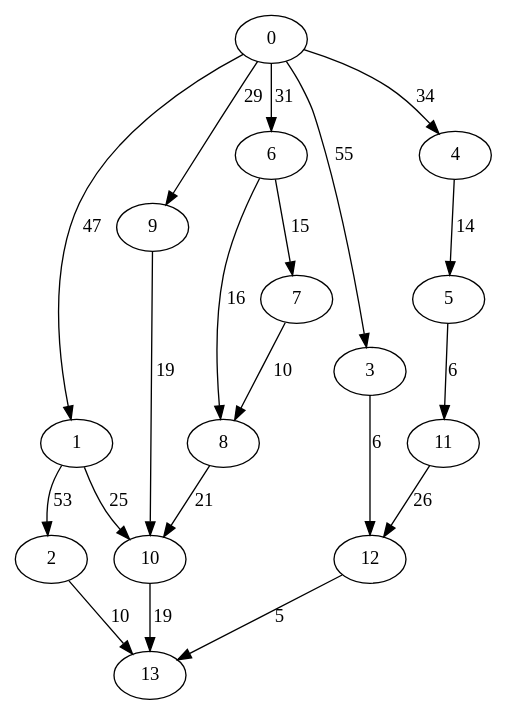
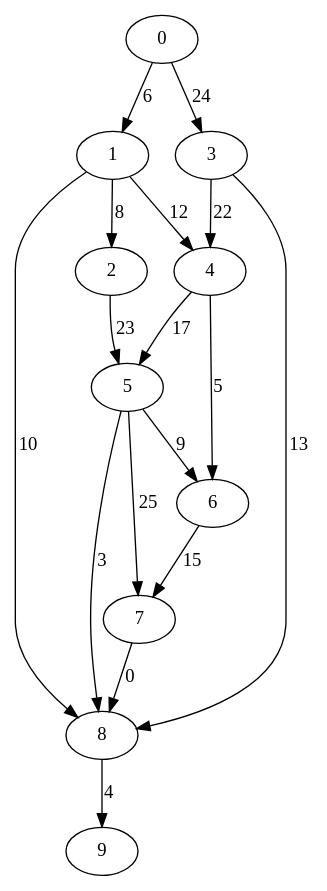
One commit to asaloniti/DagScheduling_old changed the diagram in dotfiles/data5.dot. Above: the diagram before and after it, drawn with Graphviz. The commit also changed 43 other files, not shown here.

```diff
--- a/dotfiles/data5.dot
+++ b/dotfiles/data5.dot
@@ -1,21 +1,18 @@
 digraph data5 {
-0 -> 1 [ label = 47 ];
-0 -> 3 [ label = 55 ];
-0 -> 4 [ label = 34 ];
-0 -> 6 [ label = 31 ];
-0 -> 9 [ label = 29 ];
-1 -> 2 [ label = 53 ];
-1 -> 10 [ label = 25 ];
-2 -> 13 [ label = 10 ];
-3 -> 12 [ label = 6 ];
-4 -> 5 [ label = 14 ];
-5 -> 11 [ label = 6 ];
+0 -> 1 [ label = 6 ];
+0 -> 3 [ label = 24 ];
+1 -> 2 [ label = 8 ];
+1 -> 4 [ label = 12 ];
+1 -> 8 [ label = 10 ];
+2 -> 5 [ label = 23 ];
+3 -> 4 [ label = 22 ];
+3 -> 8 [ label = 13 ];
+4 -> 5 [ label = 17 ];
+4 -> 6 [ label = 5 ];
+5 -> 6 [ label = 9 ];
+5 -> 7 [ label = 25 ];
+5 -> 8 [ label = 3 ];
 6 -> 7 [ label = 15 ];
-6 -> 8 [ label = 16 ];
-7 -> 8 [ label = 10 ];
-8 -> 10 [ label = 21 ];
-9 -> 10 [ label = 19 ];
-10 -> 13 [ label = 19 ];
-11 -> 12 [ label = 26 ];
-12 -> 13 [ label = 5 ];
+7 -> 8 [ label = 0 ];
+8 -> 9 [ label = 4 ];
  }
```
